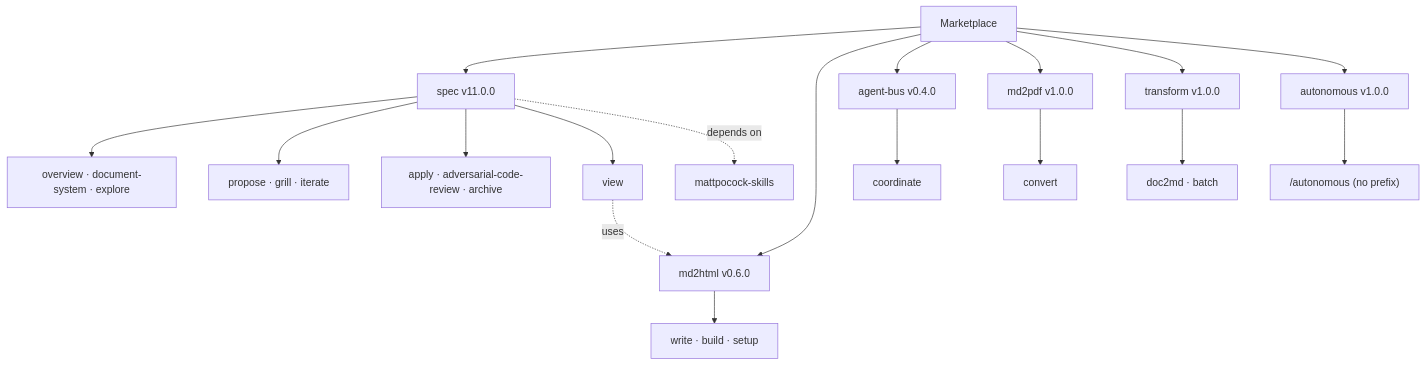
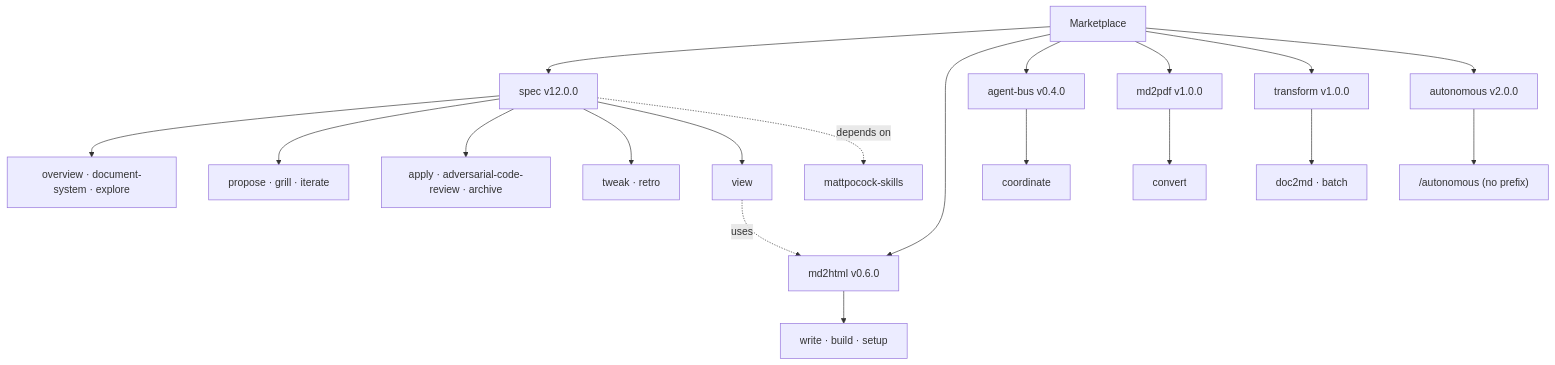
Before and after one commit to tillg/till-claude-code-marketplace: the fourth of 4 diagrams in specs/system/domain.md, drawn with Mermaid. The commit also changed other lines of this file and 28 other files, not shown here.

First line of the commit message:
spec 12.0.0, autonomous 2.0.0: Pocock-inspired flow

````diff
--- a/specs/system/domain.md
+++ b/specs/system/domain.md
@@ -171,22 +200,23 @@
 ```mermaid
 graph TD
-    M[Marketplace] --> S[spec v11.0.0]
+    M[Marketplace] --> S[spec v12.0.0]
     M --> H[md2html v0.6.0]
     M --> B[agent-bus v0.4.0]
     M --> P[md2pdf v1.0.0]
     M --> T[transform v1.0.0]
-    M --> AU[autonomous v1.0.0]
+    M --> AU[autonomous v2.0.0]
 
     S --> S1[overview · document-system · explore]
     S --> S2[propose · grill · iterate]
     S --> S3[apply · adversarial-code-review · archive]
+    S --> S5[tweak · retro]
     S --> S4[view]
     S -. depends on .-> MP[mattpocock-skills]
     S4 -. uses .-> H
 
     H --> H1[write · build · setup]
     B --> B1[coordinate]
     AU --> AU1["/autonomous (no prefix)"]
     P --> P1[convert]
     T --> T1[doc2md · batch]
 ```
````
